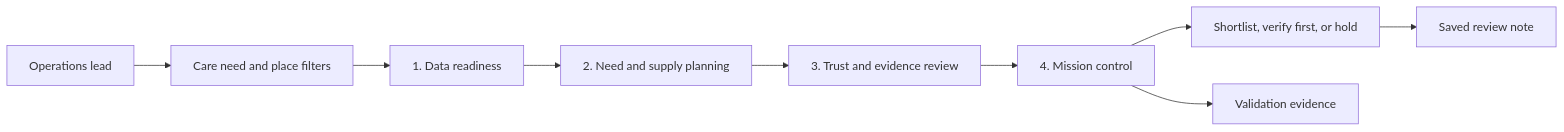
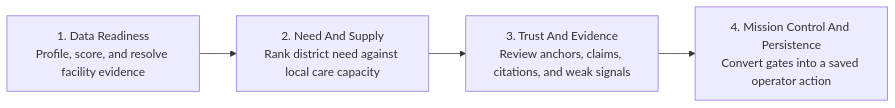
One commit to Pingying-Chen/DAIS-hackathon-2026 changed the first of 5 diagrams in README.md. Above: the diagram before and after it, drawn with Mermaid. The commit also changed other lines of this file and 6 other files, not shown here.

````diff
--- a/README.md
+++ b/README.md
@@ -78,11 +78,8 @@
 ```mermaid
 flowchart LR
-    user["Operations lead"] --> setup["Care need and place filters"]
-    setup --> data["1. Data readiness"]
-    data --> planning["2. Need and supply planning"]
-    planning --> trust["3. Trust and evidence review"]
-    trust --> control["4. Mission control"]
-    control --> action["Shortlist, verify first, or hold"]
-    action --> saved["Saved review note"]
-    control --> validation["Validation evidence"]
+    data["1. Data Readiness<br/>Profile, score, and resolve facility evidence"]
+    planning["2. Need And Supply<br/>Rank district need against local care capacity"]
+    trust["3. Trust And Evidence<br/>Review anchors, claims, citations, and weak signals"]
+    control["4. Mission Control And Persistence<br/>Convert gates into a saved operator action"]
+    data --> planning --> trust --> control
 ```
````
